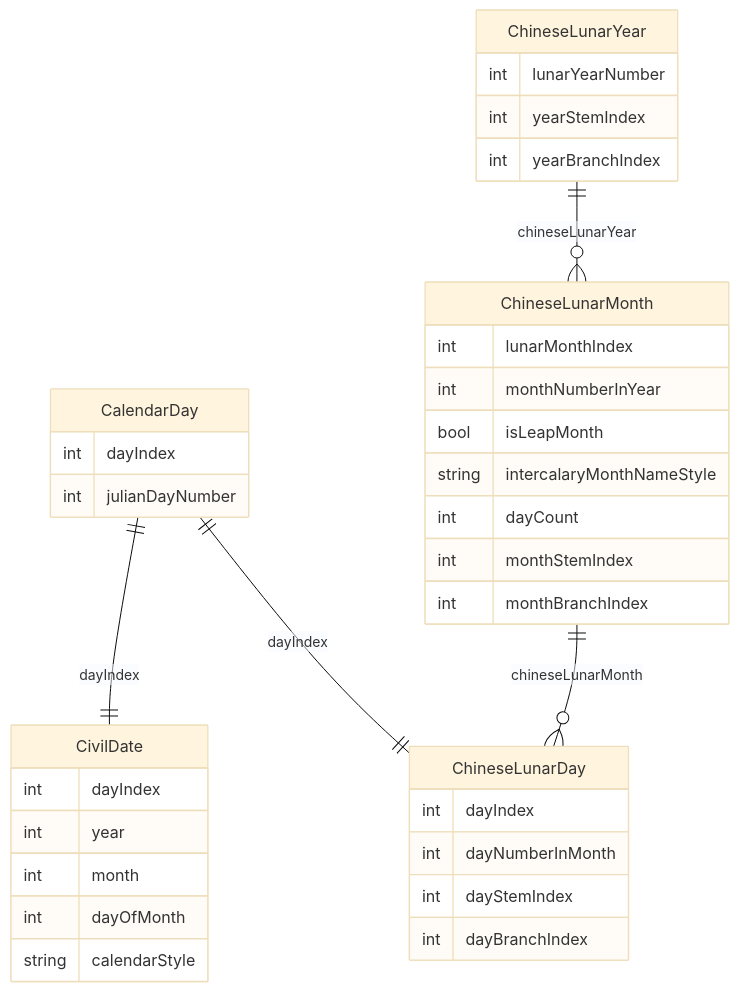
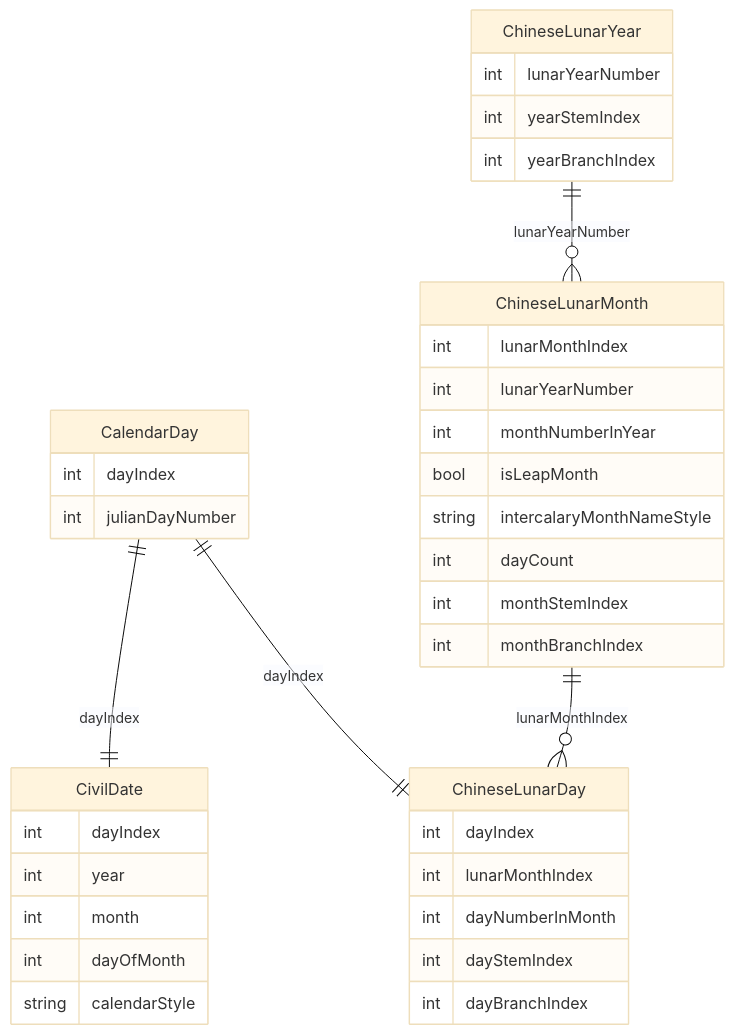
The diagram in Docs/data model/data-model-calendar.md (huahuahu/chinese-calendar), drawn with Mermaid (base theme) before and after one commit. The commit also changed other lines of this file, not shown here.

````diff
--- a/Docs/data model/data-model-calendar.md
+++ b/Docs/data model/data-model-calendar.md
@@ -117,43 +126,45 @@
 ```mermaid
 erDiagram
     CalendarDay ||--|| CivilDate : "dayIndex"
     CalendarDay ||--|| ChineseLunarDay : "dayIndex"
-    ChineseLunarYear ||--o{ ChineseLunarMonth : "chineseLunarYear"
-    ChineseLunarMonth ||--o{ ChineseLunarDay : "chineseLunarMonth"
+    ChineseLunarYear ||--o{ ChineseLunarMonth : "lunarYearNumber"
+    ChineseLunarMonth ||--o{ ChineseLunarDay : "lunarMonthIndex"
 
     CalendarDay {
         int dayIndex
         int julianDayNumber
     }
 
     CivilDate {
         int dayIndex
         int year
         int month
         int dayOfMonth
         string calendarStyle
     }
 
     ChineseLunarYear {
         int lunarYearNumber
         int yearStemIndex
         int yearBranchIndex
     }
 
     ChineseLunarMonth {
         int lunarMonthIndex
+        int lunarYearNumber
         int monthNumberInYear
         bool isLeapMonth
         string intercalaryMonthNameStyle
         int dayCount
         int monthStemIndex
         int monthBranchIndex
     }
 
     ChineseLunarDay {
         int dayIndex
+        int lunarMonthIndex
         int dayNumberInMonth
         int dayStemIndex
         int dayBranchIndex
     }
 ```
````
